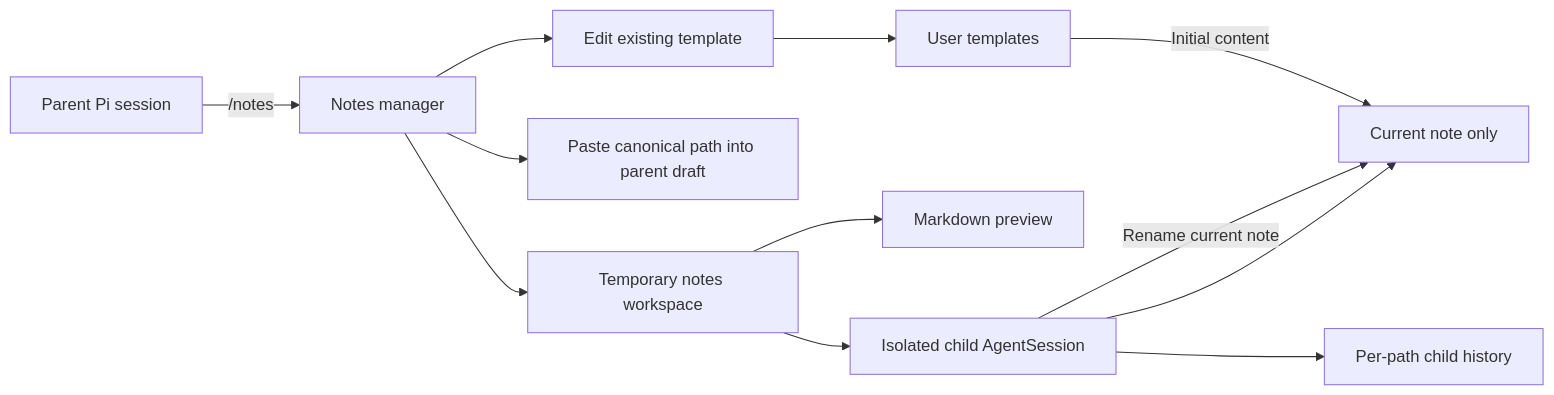
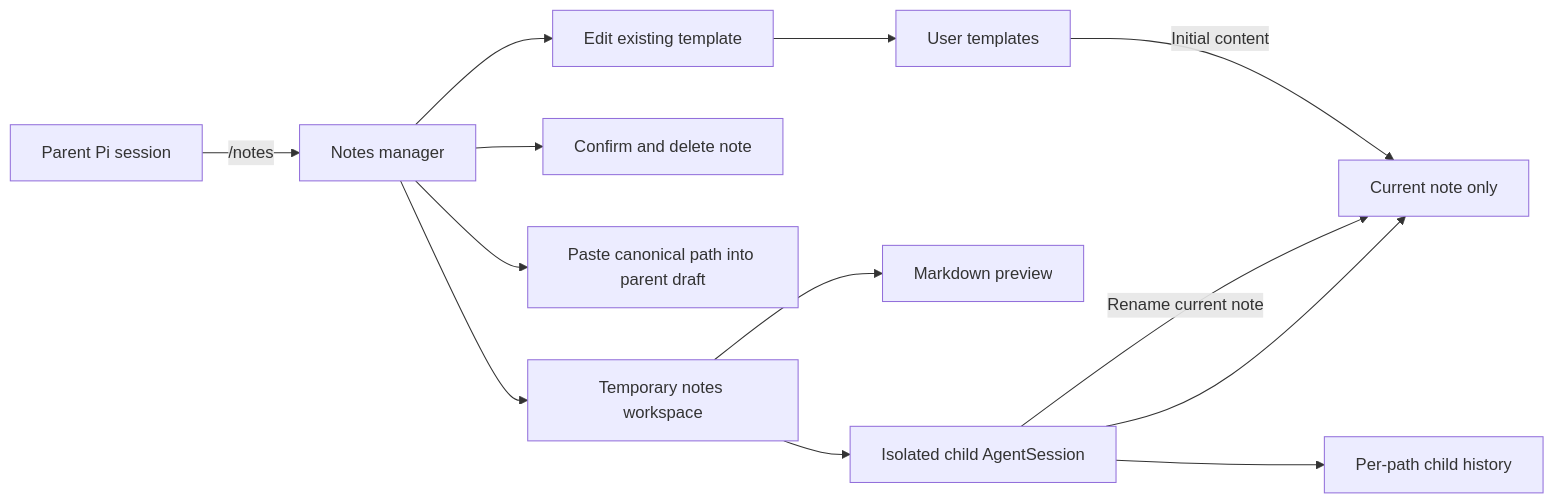
The diagram in packages/pi-notes/README.md (narumiruna/pi-extensions), drawn with Mermaid before and after one commit. The commit also changed other lines of this file and 7 other files, not shown here.

````diff
--- a/packages/pi-notes/README.md
+++ b/packages/pi-notes/README.md
@@ -56,14 +56,15 @@
 ```mermaid
 flowchart LR
     P[Parent Pi session] -->|/notes| M[Notes manager]
     M --> W[Temporary notes workspace]
+    M --> D[Confirm and delete note]
     M --> I[Paste canonical path into parent draft]
     M --> E[Edit existing template]
     W --> C[Isolated child AgentSession]
     W --> V[Markdown preview]
     C --> N[Current note only]
     C -->|Rename current note| N
     E --> T[User templates]
     T -->|Initial content| N
     C --> S[Per-path child history]
 ```
````
